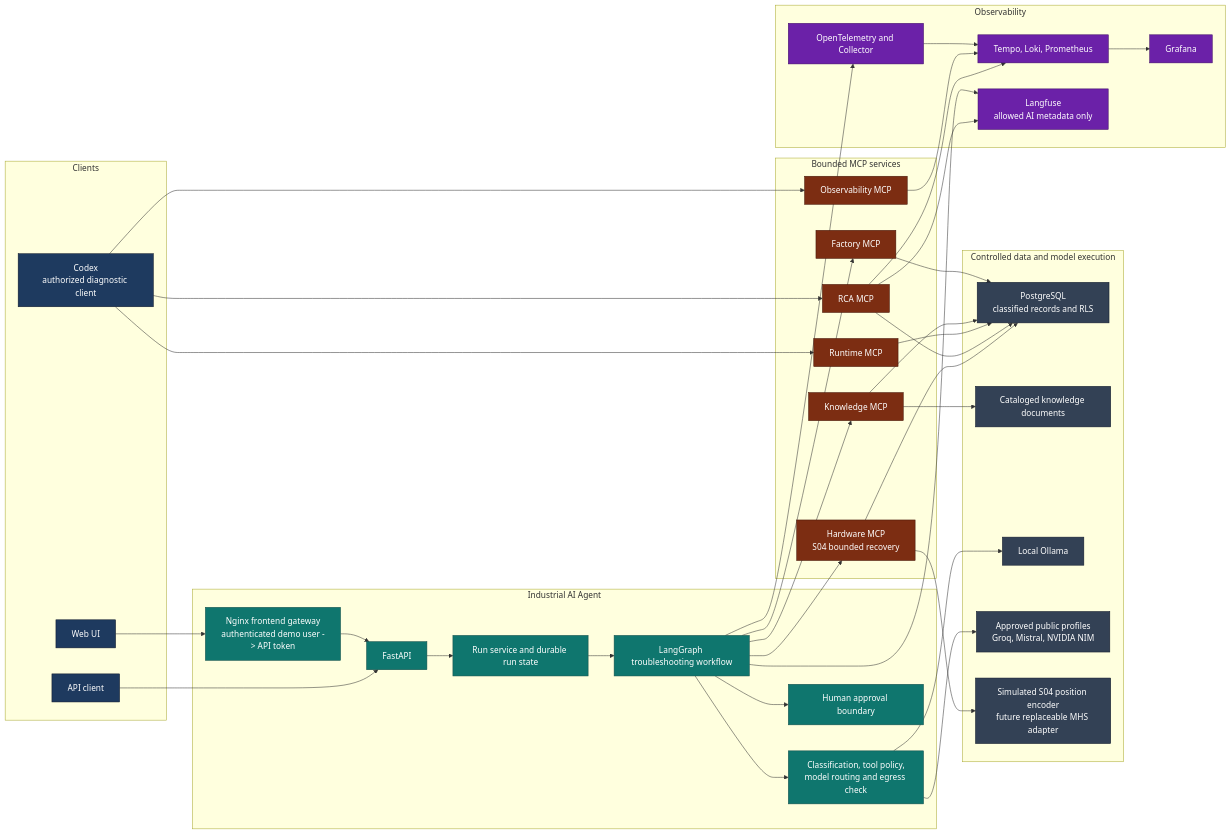
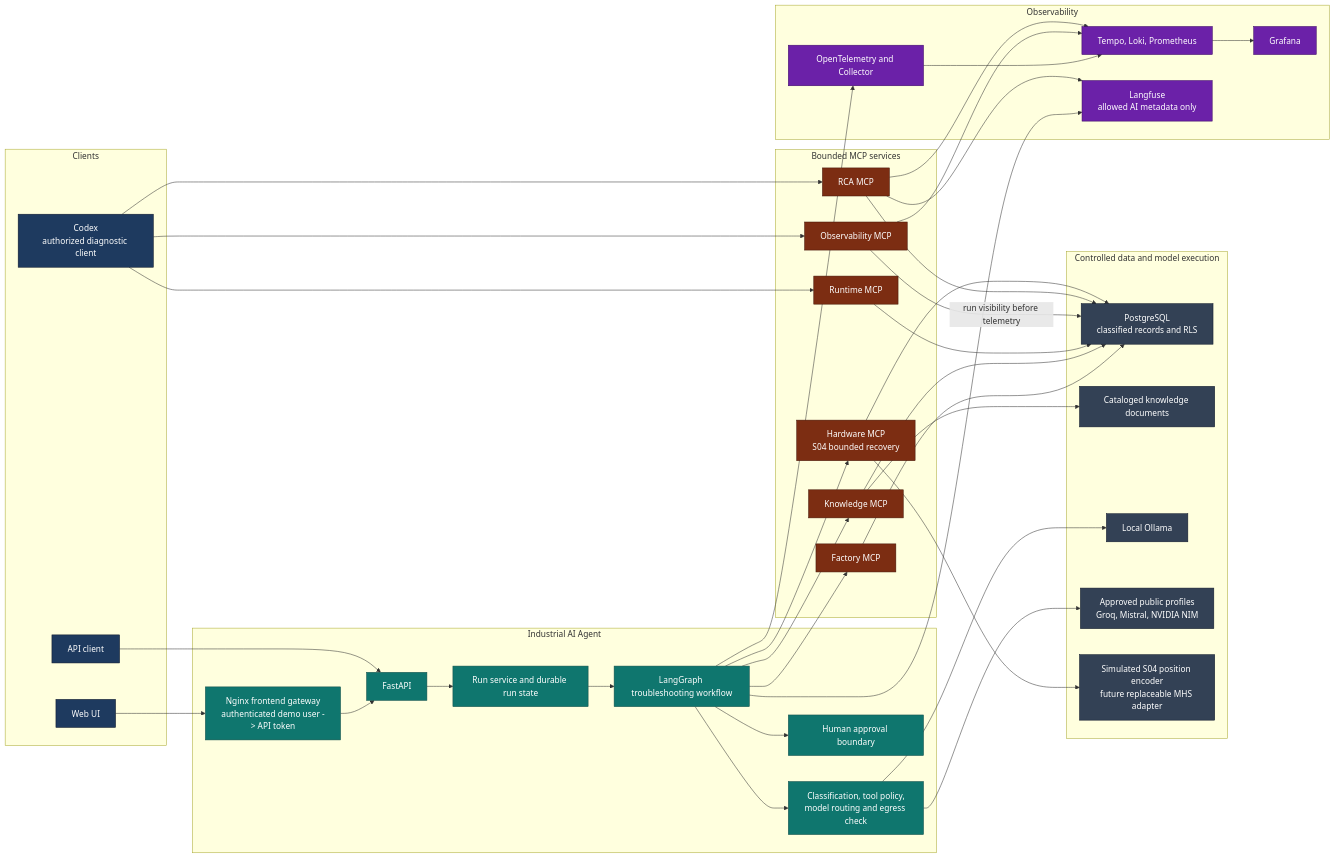
Before and after one commit to aboerzel/industrial-ai-agent: the first of 21 diagrams in docs/architecture/overview.md, drawn with Mermaid. The commit also changed other lines of this file and 14 other files, not shown here.

Commit message:
fix: enforce run visibility for observability

````diff
--- a/docs/architecture/overview.md
+++ b/docs/architecture/overview.md
@@ -5,79 +5,80 @@
 ```mermaid
 flowchart LR
     subgraph Clients["Clients"]
         UI["Web UI"]
         APIClient["API client"]
         Codex["Codex<br/>authorized diagnostic client"]
     end
 
     subgraph Application["Industrial AI Agent"]
         Gateway["Nginx frontend gateway<br/>authenticated demo user -> API token"]
         API["FastAPI"]
         Run["Run service and durable run state"]
         Agent["LangGraph troubleshooting workflow"]
         Policy["Classification, tool policy,<br/>model routing and egress check"]
         HITL["Human approval boundary"]
     end
 
     subgraph MCP["Bounded MCP services"]
         Factory["Factory MCP"]
         Knowledge["Knowledge MCP"]
         Runtime["Runtime MCP"]
         Observe["Observability MCP"]
         RCA["RCA MCP"]
         Hardware["Hardware MCP\nS04 bounded recovery"]
     end
 
     subgraph Data["Controlled data and model execution"]
         Postgres["PostgreSQL<br/>classified records and RLS"]
         Documents["Cataloged knowledge documents"]
         Local["Local Ollama"]
         Public["Approved public profiles<br/>Groq, Mistral, NVIDIA NIM"]
         Device["Simulated S04 position encoder<br/>future replaceable MHS adapter"]
     end
 
     subgraph Telemetry["Observability"]
         OTel["OpenTelemetry and Collector"]
         Backends["Tempo, Loki, Prometheus"]
         Grafana["Grafana"]
         Langfuse["Langfuse<br/>allowed AI metadata only"]
     end
 
     UI --> Gateway --> API
     APIClient --> API
     API --> Run --> Agent
     Agent --> Policy
     Agent --> Factory
     Agent --> Knowledge
     Agent --> HITL
     Agent --> Hardware
     Factory --> Postgres
     Knowledge --> Postgres
     Knowledge --> Documents
     Policy --> Local
     Policy --> Public
     Agent --> OTel
     OTel --> Backends --> Grafana
     Agent --> Langfuse
     Codex --> Runtime
     Codex --> Observe
     Codex --> RCA
     Runtime --> Postgres
+    Observe -->|run visibility before telemetry| Postgres
     Observe --> Backends
     RCA --> Postgres
     RCA --> Backends
     RCA --> Langfuse
     Hardware --> Postgres
     Hardware --> Device
 
     classDef client fill:#1e3a5f,stroke:#0f172a,color:#ffffff
     classDef core fill:#0f766e,stroke:#134e4a,color:#ffffff
     classDef mcp fill:#7c2d12,stroke:#431407,color:#ffffff
     classDef data fill:#334155,stroke:#0f172a,color:#ffffff
     classDef telemetry fill:#6b21a8,stroke:#3b0764,color:#ffffff
     class UI,APIClient,Codex client
     class Gateway,API,Run,Agent,Policy,HITL core
     class Factory,Knowledge,Runtime,Observe,RCA,Hardware mcp
     class Postgres,Documents,Local,Public,Device data
     class OTel,Backends,Grafana,Langfuse telemetry
 ```
````
